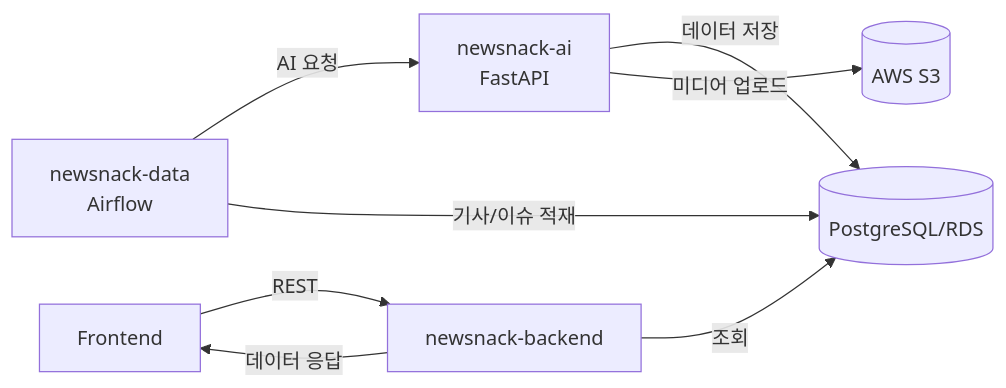
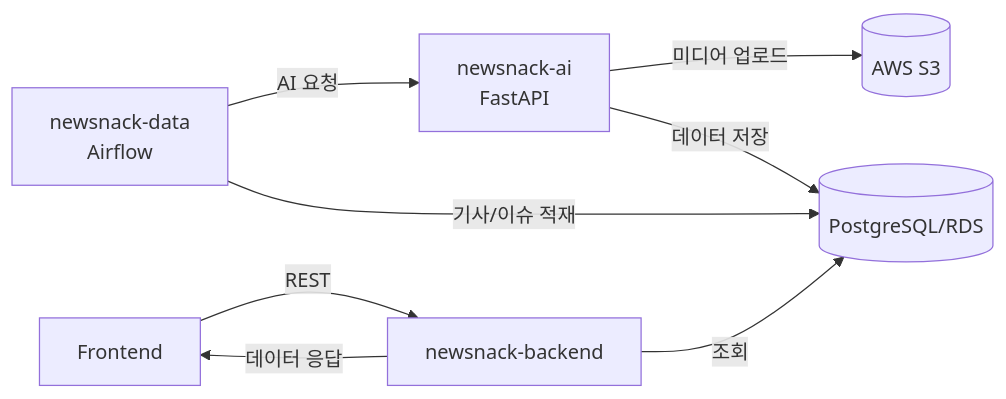
The diagram in README.md (team-leekim/newsnack-backend), drawn with Mermaid before and after one commit. The commit also changed other lines of this file, not shown here.

````diff
--- a/README.md
+++ b/README.md
@@ -11,12 +11,12 @@
 ```mermaid
 flowchart LR
     FE[Frontend] -->|REST| BE[newsnack-backend]
     DATA[newsnack-data
 Airflow] -->|AI 요청| AI[newsnack-ai
 FastAPI]
+    AI -->|미디어 업로드| S3[(AWS S3)]
     AI -->|데이터 저장| DB[(PostgreSQL/RDS)]
     DATA -->|기사/이슈 적재| DB
     BE -->|조회| DB
-    AI -->|미디어 업로드| S3[(AWS S3)]
     BE -->|데이터 응답| FE
 ```
````
